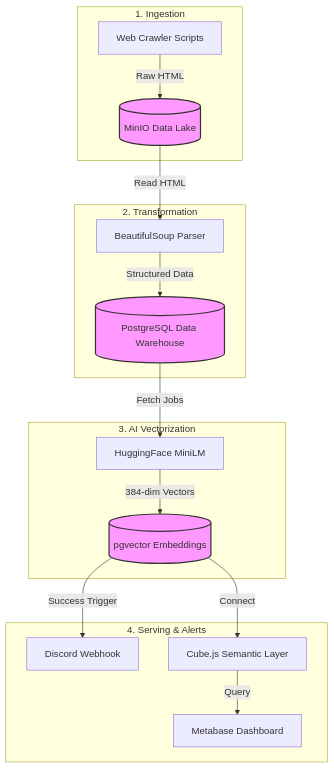
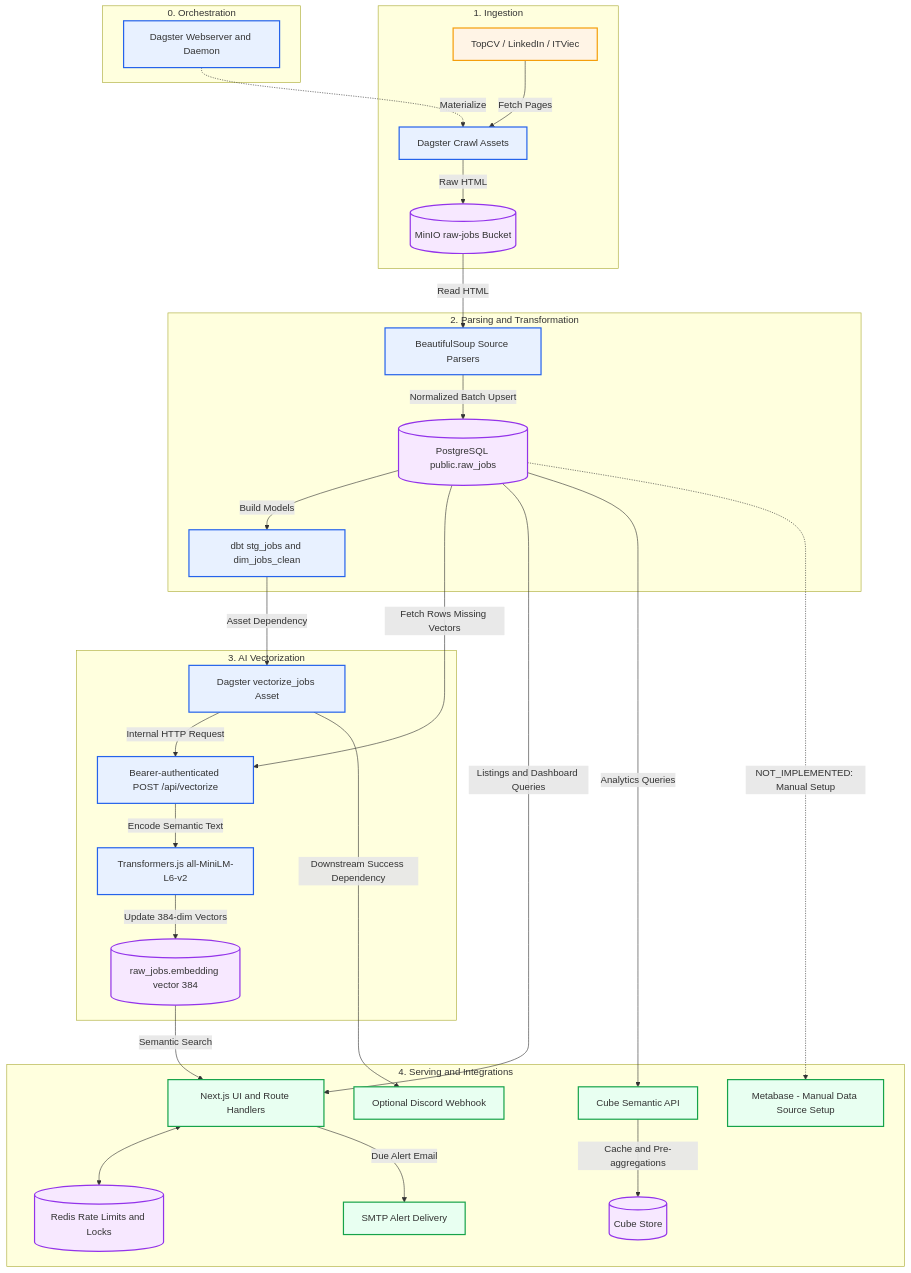
The first of 2 diagrams in README.md (kina2711/polaris-data-jobs-platform), drawn with Mermaid before and after one commit. The commit also changed other lines of this file and 143 other files, not shown here.

````diff
--- a/README.md
+++ b/README.md
@@ -42,39 +144,69 @@
 ```mermaid
 graph TD
+    %% Orchestration
+    subgraph Orchestration [0. Orchestration]
+        dagster[Dagster Webserver and Daemon]
+    end
+
     %% Ingestion
     subgraph Ingestion [1. Ingestion]
-        crawler[Web Crawler Scripts]
-        minio[(MinIO Data Lake)]
+        portals[TopCV / LinkedIn / ITViec]
+        crawlers[Dagster Crawl Assets]
+        minio[(MinIO raw-jobs Bucket)]
     end
-    crawler -- Raw HTML --> minio
+    dagster -. Materialize .-> crawlers
+    portals -- Fetch Pages --> crawlers
+    crawlers -- Raw HTML --> minio
 
-    %% Transformation
-    subgraph Transformation [2. Transformation]
-        bs4[BeautifulSoup Parser]
-        pg[(PostgreSQL Data Warehouse)]
+    %% Parsing and transformation
+    subgraph Transformation [2. Parsing and Transformation]
+        parser[BeautifulSoup Source Parsers]
+        raw[(PostgreSQL public.raw_jobs)]
+        dbt[dbt stg_jobs and dim_jobs_clean]
     end
-    minio -- Read HTML --> bs4
-    bs4 -- Structured Data --> pg
+    minio -- Read HTML --> parser
+    parser -- Normalized Batch Upsert --> raw
+    raw -- Build Models --> dbt
 
     %% Vectorization
     subgraph Vectorization [3. AI Vectorization]
-        hf[HuggingFace MiniLM]
-        pgvector[(pgvector Embeddings)]
+        vectorAsset[Dagster vectorize_jobs Asset]
+        vectorAPI[Bearer-authenticated POST /api/vectorize]
+        miniLM[Transformers.js all-MiniLM-L6-v2]
+        embeddings[(raw_jobs.embedding vector 384)]
     end
-    pg -- Fetch Jobs --> hf
-    hf -- 384-dim Vectors --> pgvector
+    dbt -- Asset Dependency --> vectorAsset
+    vectorAsset -- Internal HTTP Request --> vectorAPI
+    raw -- Fetch Rows Missing Vectors --> vectorAPI
+    vectorAPI -- Encode Semantic Text --> miniLM
+    miniLM -- Update 384-dim Vectors --> embeddings
 
-    %% Alerts & BI
-    subgraph Serving [4. Serving & Alerts]
-        discord[Discord Webhook]
-        cube[Cube.js Semantic Layer]
-        metabase[Metabase Dashboard]
+    %% Serving and integrations
+    subgraph Serving [4. Serving and Integrations]
+        web[Next.js UI and Route Handlers]
+        redis[(Redis Rate Limits and Locks)]
+        cube[Cube Semantic API]
+        cubestore[(Cube Store)]
+        metabase[Metabase - Manual Data Source Setup]
+        smtp[SMTP Alert Delivery]
+        discord[Optional Discord Webhook]
     end
-    pgvector -- Success Trigger --> discord
-    pgvector -- Connect --> cube
-    cube -- Query --> metabase
+    embeddings -- Semantic Search --> web
+    raw -- Listings and Dashboard Queries --> web
+    web <--> redis
+    web -- Due Alert Email --> smtp
+    raw -- Analytics Queries --> cube
+    cube -- Cache and Pre-aggregations --> cubestore
+    raw -. NOT_IMPLEMENTED: Manual Setup .-> metabase
+    vectorAsset -- Downstream Success Dependency --> discord
 
     %% Styling
-    classDef storage fill:#f9f,stroke:#333,stroke-width:2px;
-    class minio,pg,pgvector storage;
+    classDef source fill:#fff4e6,stroke:#f59e0b,stroke-width:2px;
+    classDef process fill:#e8f1ff,stroke:#2563eb,stroke-width:2px;
+    classDef storage fill:#f7e8ff,stroke:#9333ea,stroke-width:2px;
+    classDef serving fill:#e8fff1,stroke:#16a34a,stroke-width:2px;
+    class portals source;
+    class dagster,crawlers,parser,dbt,vectorAsset,vectorAPI,miniLM process;
+    class minio,raw,embeddings,redis,cubestore storage;
+    class web,cube,metabase,smtp,discord serving;
 ```
````
